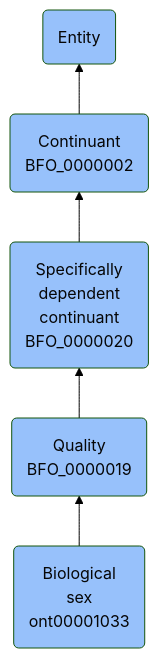
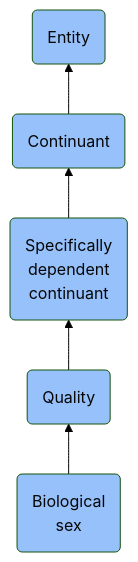
Before and after one commit to jupyter-naas/abi: the diagram in docs/ontology/reference/model/Entity/Continuant/Specifically dependent continuant/Quality/Biological sex/Biological sex.md, drawn with Mermaid (forest theme). The commit also changed other lines of this file and 1430 other files, not shown here.

````diff
--- a/docs/ontology/reference/model/Entity/Continuant/Specifically dependent continuant/Quality/Biological sex/Biological sex.md
+++ b/docs/ontology/reference/model/Entity/Continuant/Specifically dependent continuant/Quality/Biological sex/Biological sex.md
@@ -24,12 +24,12 @@
 ```mermaid
 graph BT
-    ont00001033(Biological<br>sex<br>ont00001033):::BFO-->BFO_0000019
-    BFO_0000019(Quality<br>BFO_0000019):::BFO-->BFO_0000020
-    BFO_0000020(Specifically<br>dependent<br>continuant<br>BFO_0000020):::BFO-->BFO_0000002
-    BFO_0000002(Continuant<br>BFO_0000002):::BFO-->BFO_0000001
+    ont00001033(Biological<br>sex):::BFO-->BFO_0000019
+    BFO_0000019(Quality):::BFO-->BFO_0000020
+    BFO_0000020(Specifically<br>dependent<br>continuant):::BFO-->BFO_0000002
+    BFO_0000002(Continuant):::BFO-->BFO_0000001
     BFO_0000001(Entity):::BFO
     
     classDef BFO fill:#97c1fb,color:#060606
     classDef CCO fill:#e4c51e,color:#060606
     classDef ABI fill:#48DD82,color:#060606
 ```
````
